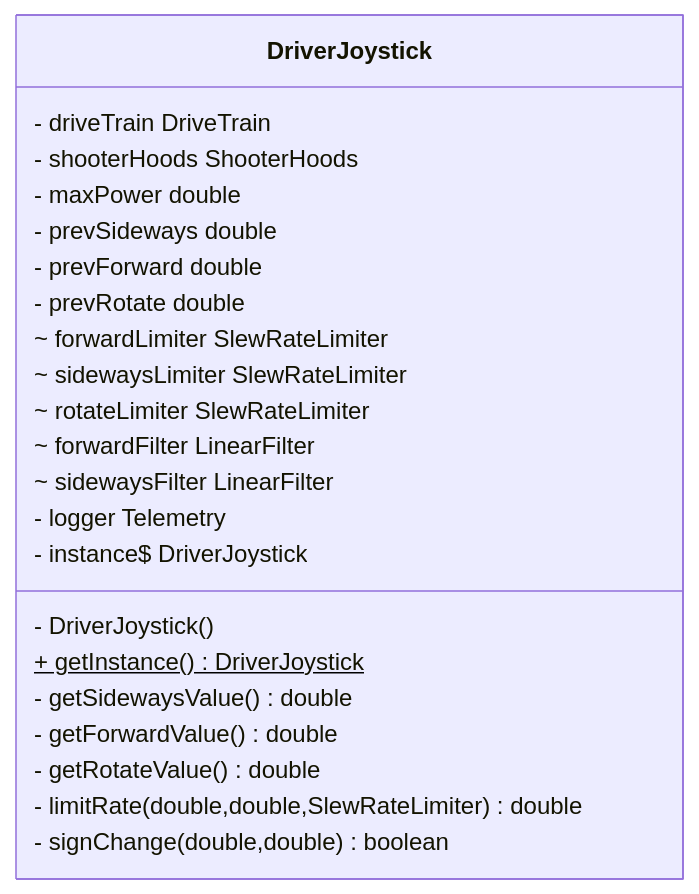
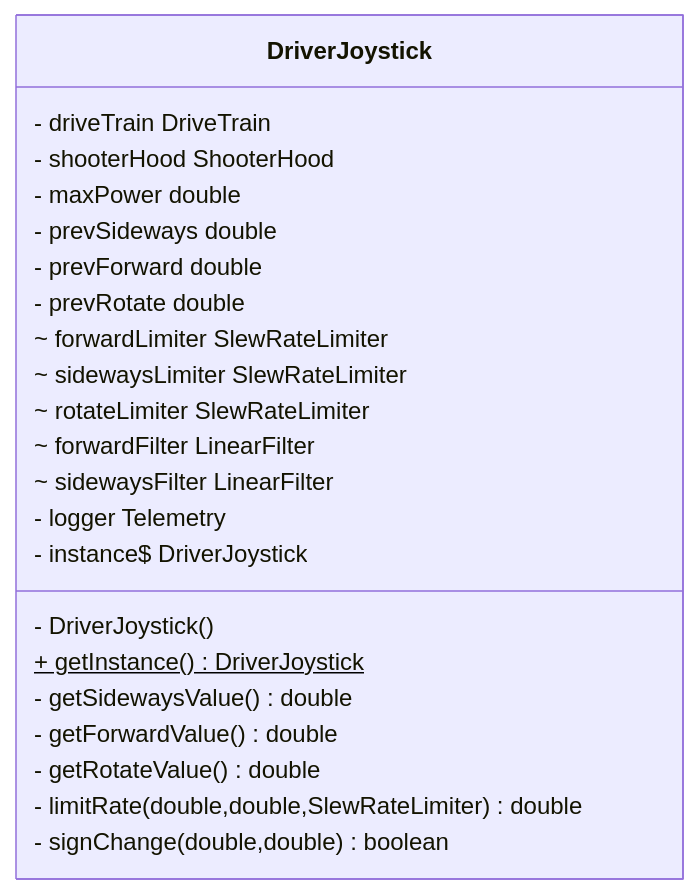
The diagram in src/uml/frc/robot/DriverJoystick.mmd (LakotaRobotics1038/2026RobotProject), drawn with Mermaid before and after one commit. The commit also changed 78 other files, not shown here.

Commit message:
Update uml

```diff
--- a/src/uml/frc/robot/DriverJoystick.mmd
+++ b/src/uml/frc/robot/DriverJoystick.mmd
@@ -1,25 +1,25 @@
 classDiagram
   direction LR
 
   class DriverJoystick {
     - driveTrain DriveTrain
-    - shooterHoods ShooterHoods
+    - shooterHood ShooterHood
     - maxPower double
     - prevSideways double
     - prevForward double
     - prevRotate double
     ~ forwardLimiter SlewRateLimiter
     ~ sidewaysLimiter SlewRateLimiter
     ~ rotateLimiter SlewRateLimiter
     ~ forwardFilter LinearFilter
     ~ sidewaysFilter LinearFilter
     - logger Telemetry
     - instance$ DriverJoystick
     - DriverJoystick()
     + getInstance()$ DriverJoystick
     - getSidewaysValue() double
     - getForwardValue() double
     - getRotateValue() double
     - limitRate(double,double,SlewRateLimiter) double
     - signChange(double,double) boolean
   }
```
